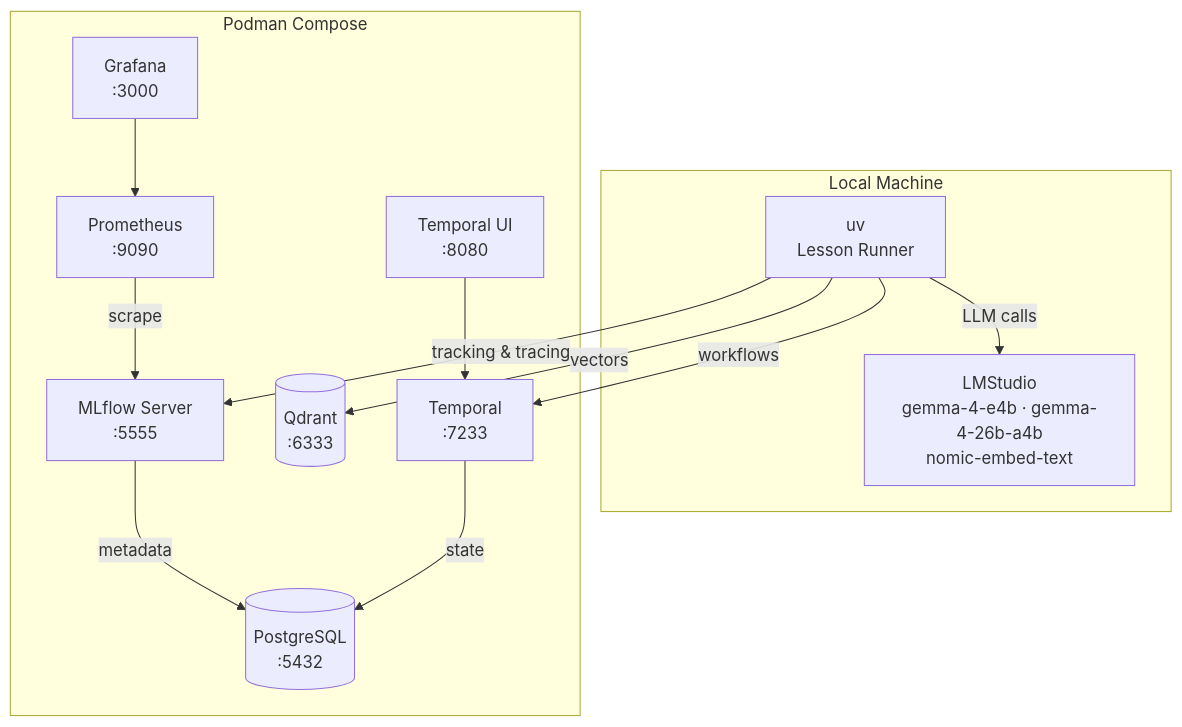
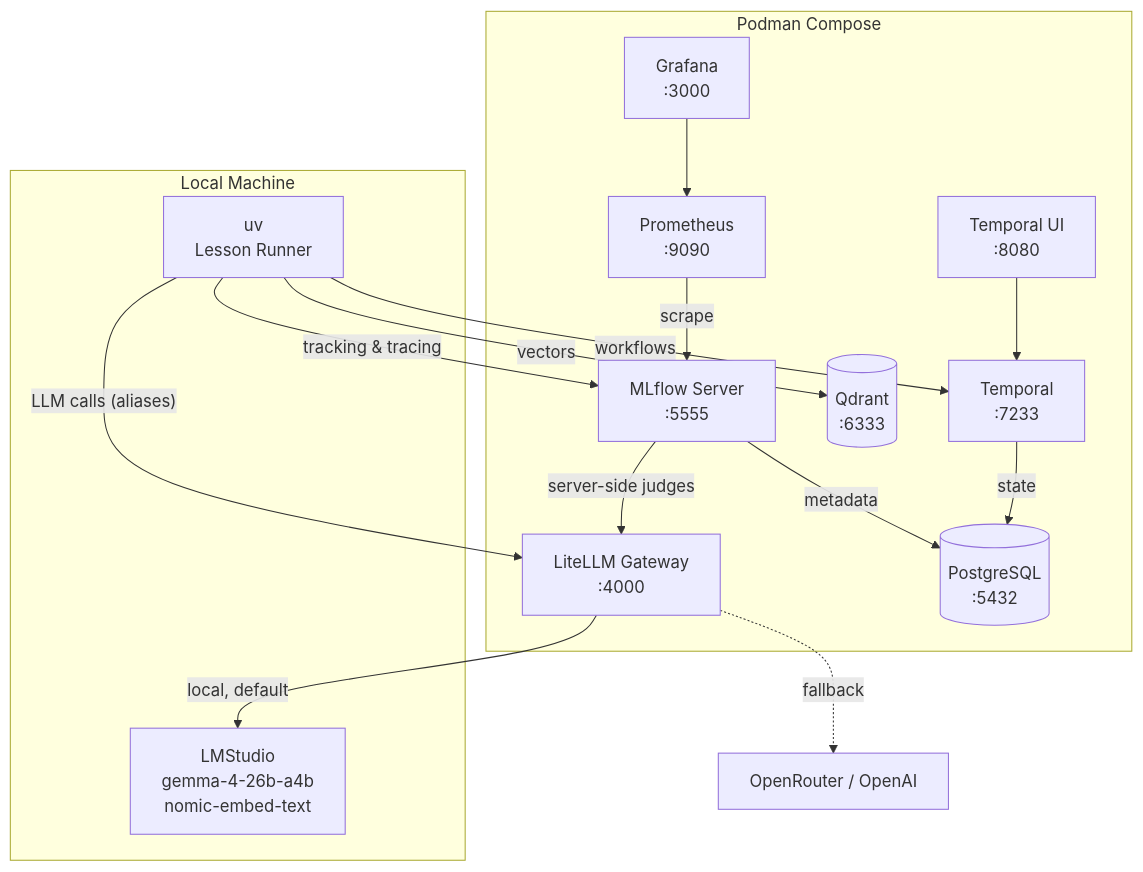
The diagram in README.md (lukaskellerstein/mlflow-tutorial), drawn with Mermaid before and after one commit. The commit also changed other lines of this file and 90 other files, not shown here.

First line of the commit message:
Route all lessons through the LiteLLM gateway via named aliases (#4)

````diff
--- a/README.md
+++ b/README.md
@@ -23,27 +23,31 @@
 ```mermaid
 graph TD
     subgraph Local Machine
-        LMS[LMStudio<br/>gemma-4-e4b · gemma-4-26b-a4b<br/>nomic-embed-text]
+        LMS[LMStudio<br/>gemma-4-26b-a4b<br/>nomic-embed-text]
         UV[uv<br/>Lesson Runner]
     end
 
     subgraph Podman Compose
+        LL[LiteLLM Gateway<br/>:4000]
         ML[MLflow Server<br/>:5555]
         PG[(PostgreSQL<br/>:5432)]
         QD[(Qdrant<br/>:6333)]
         TMP[Temporal<br/>:7233]
         TUI[Temporal UI<br/>:8080]
         GF[Grafana<br/>:3000]
         PR[Prometheus<br/>:9090]
     end
 
     UV -->|tracking & tracing| ML
-    UV -->|LLM calls| LMS
+    UV -->|"LLM calls (aliases)"| LL
+    LL -->|local, default| LMS
+    LL -.->|fallback| OR[OpenRouter / OpenAI]
+    ML -->|"server-side judges"| LL
     UV -->|vectors| QD
     UV -->|workflows| TMP
     ML -->|metadata| PG
     TMP -->|state| PG
     TUI --> TMP
     GF --> PR
     PR -->|scrape| ML
 ```
````
